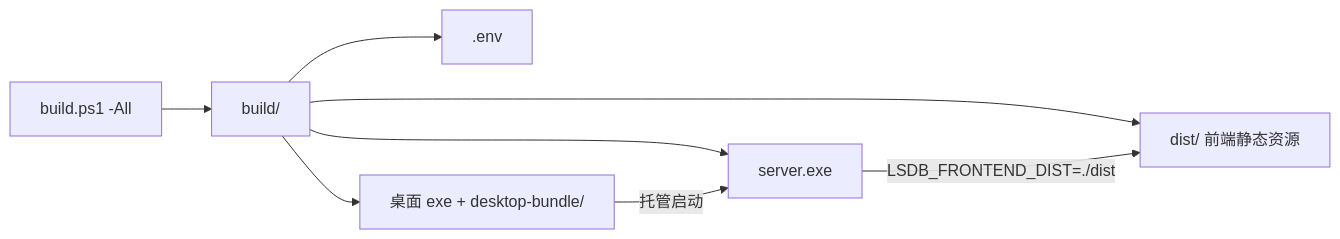
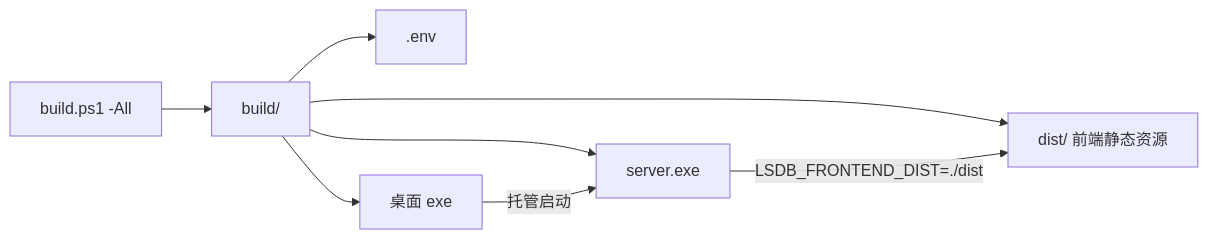
The diagram in docs/DEPLOY.md (wmxy2005/lsdb-go), drawn with Mermaid before and after one commit. The commit also changed other lines of this file and 3 other files, not shown here.

````diff
--- a/docs/DEPLOY.md
+++ b/docs/DEPLOY.md
@@ -115,10 +115,10 @@
 ```mermaid
 graph LR
   A[build.ps1 -All] --> B[build/]
   B --> C[server.exe]
   B --> D[.env]
   B --> E[dist/ 前端静态资源]
-  B --> F[桌面 exe + desktop-bundle/]
+  B --> F[桌面 exe]
   C -->|LSDB_FRONTEND_DIST=./dist| E
   F -->|托管启动| C
 ```
````
